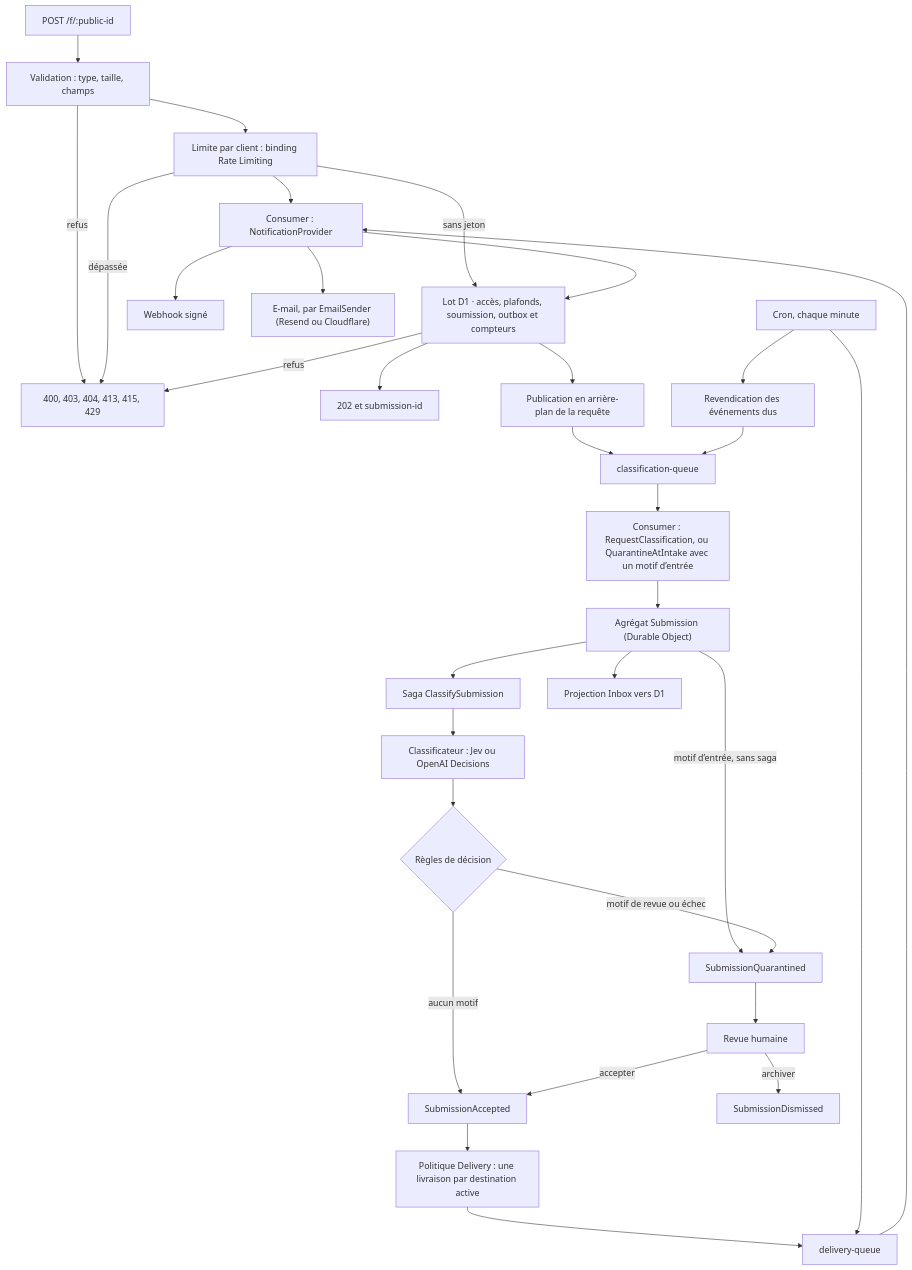
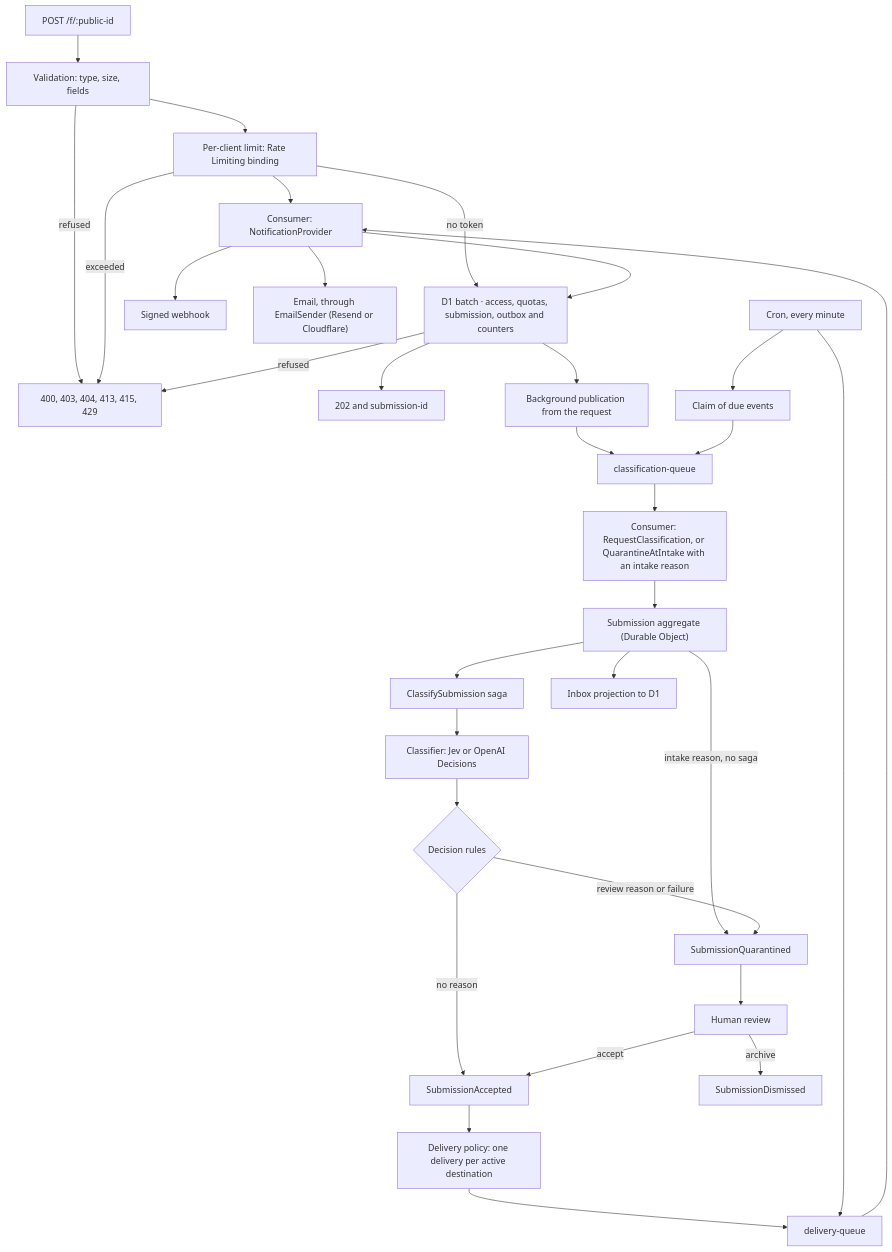
The diagram in architecture.md (basaltbytes/rondyr), drawn with Mermaid before and after one commit. The commit also changed other lines of this file and 9 other files, not shown here.

First line of the commit message:
Translate architecture.md and the remaining French docs to English

````diff
--- a/architecture.md
+++ b/architecture.md
@@ -74,34 +74,34 @@
 ```mermaid
 flowchart TD
-  A["POST /f/:public-id"] --> B["Validation : type, taille, champs"]
-  B -->|refus| C["400, 403, 404, 413, 415, 429"]
-  B --> Y["Limite par client : binding Rate Limiting"]
-  Y -->|dépassée| C
-  Y --> V["Turnstile avec jeton : lecture de la clé et appel à Siteverify"]
-  Y -->|sans jeton| D["Lot D1 · accès, plafonds, soumission, outbox et compteurs"]
+  A["POST /f/:public-id"] --> B["Validation: type, size, fields"]
+  B -->|refused| C["400, 403, 404, 413, 415, 429"]
+  B --> Y["Per-client limit: Rate Limiting binding"]
+  Y -->|exceeded| C
+  Y --> V["Turnstile with a token: key read and Siteverify call"]
+  Y -->|no token| D["D1 batch · access, quotas, submission, outbox and counters"]
   V --> D
-  D -->|refus| C
-  D --> E["202 et submission-id"]
-  D --> T["Publication en arrière-plan de la requête"]
+  D -->|refused| C
+  D --> E["202 and submission-id"]
+  D --> T["Background publication from the request"]
   T --> H["classification-queue"]
-  F["Cron, chaque minute"] --> G["Revendication des événements dus"]
+  F["Cron, every minute"] --> G["Claim of due events"]
   G --> H
-  H --> I["Consumer : RequestClassification, ou QuarantineAtIntake avec un motif d’entrée"]
-  I --> J["Agrégat Submission (Durable Object)"]
-  J --> K["Saga ClassifySubmission"]
-  J -->|motif d’entrée, sans saga| O
-  K --> L["Classificateur : Jev ou OpenAI Decisions"]
-  L --> M{"Règles de décision"}
-  M -->|aucun motif| N["SubmissionAccepted"]
-  M -->|motif de revue ou échec| O["SubmissionQuarantined"]
-  O --> P["Revue humaine"]
-  P -->|accepter| N
-  P -->|archiver| Q["SubmissionDismissed"]
-  J --> R["Projection Inbox vers D1"]
-  N --> S["Politique Delivery : une livraison par destination active"]
+  H --> I["Consumer: RequestClassification, or QuarantineAtIntake with an intake reason"]
+  I --> J["Submission aggregate (Durable Object)"]
+  J --> K["ClassifySubmission saga"]
+  J -->|intake reason, no saga| O
+  K --> L["Classifier: Jev or OpenAI Decisions"]
+  L --> M{"Decision rules"}
+  M -->|no reason| N["SubmissionAccepted"]
+  M -->|review reason or failure| O["SubmissionQuarantined"]
+  O --> P["Human review"]
+  P -->|accept| N
+  P -->|archive| Q["SubmissionDismissed"]
+  J --> R["Inbox projection to D1"]
+  N --> S["Delivery policy: one delivery per active destination"]
   S --> U["delivery-queue"]
   F --> U
-  U --> V["Consumer : NotificationProvider"]
-  V --> W["Webhook signé"]
-  V --> X["E-mail, par EmailSender (Resend ou Cloudflare)"]
+  U --> V["Consumer: NotificationProvider"]
+  V --> W["Signed webhook"]
+  V --> X["Email, through EmailSender (Resend or Cloudflare)"]
 ```
````
